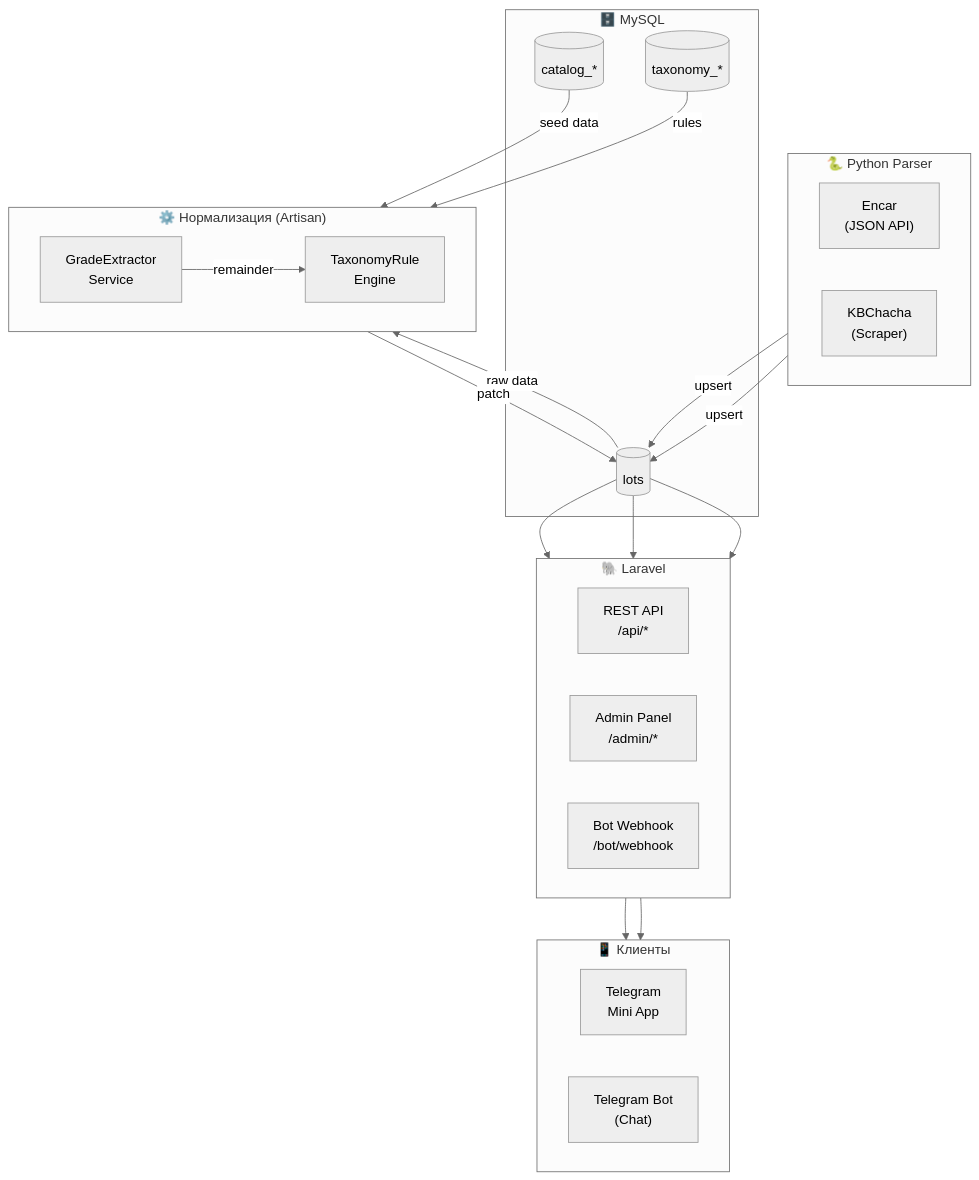
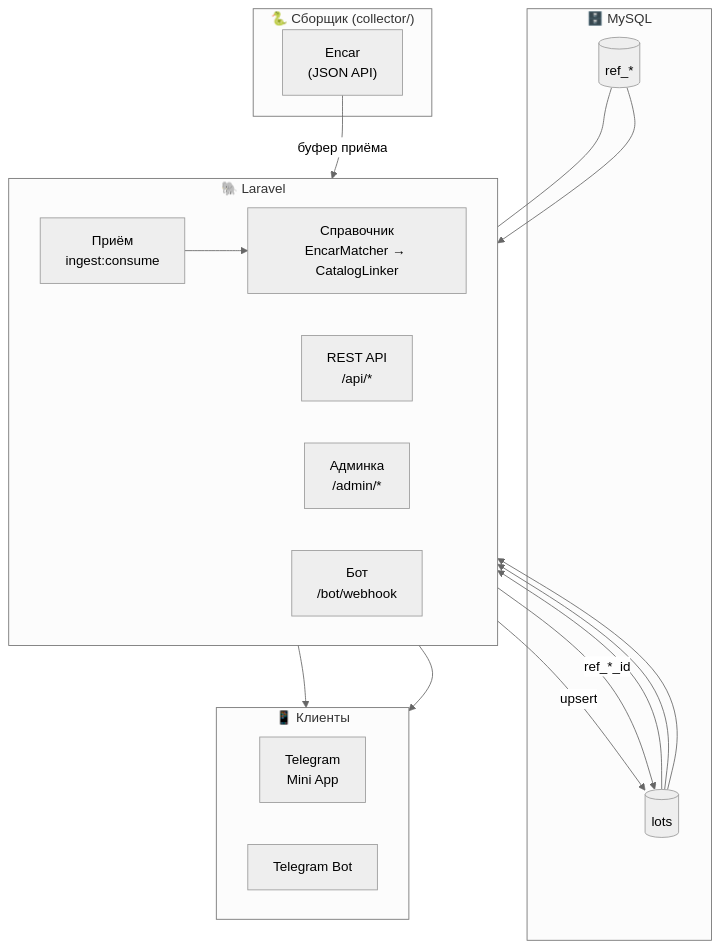
Before and after one commit to ArtyomKoshel/carbotacrchi: the first of 2 diagrams in docs/01-overview.md, drawn with Mermaid (neutral theme). The commit also changed other lines of this file and 63 other files, not shown here.

````diff
--- a/docs/01-overview.md
+++ b/docs/01-overview.md
@@ -9,48 +9,47 @@
 ```mermaid
 flowchart TB
-    subgraph PY["🐍 Python Parser"]
+    subgraph COL["🐍 Сборщик (collector/)"]
+        ENC["Encar
+(JSON API)"]
+    end
+
+    subgraph LAR["🐘 Laravel"]
         direction LR
-        ENC["Encar\n(JSON API)"]
-        KBC["KBChacha\n(Scraper)"]
+        ING["Приём
+ingest:consume"]
+        LNK["Справочник
+EncarMatcher → CatalogLinker"]
+        API["REST API
+/api/*"]
+        ADM["Админка
+/admin/*"]
+        WH["Бот
+/bot/webhook"]
     end
 
     subgraph DB["🗄️ MySQL"]
         LOTS[("lots")]
-        CAT[("catalog_*")]
-        TAX[("taxonomy_*")]
-    end
-
-    subgraph NORM["⚙️ Нормализация (Artisan)"]
-        direction LR
-        GES["GradeExtractor\nService"]
-        TRE["TaxonomyRule\nEngine"]
-    end
-
-    subgraph LAR["🐘 Laravel"]
-        direction LR
-        API["REST API\n/api/*"]
-        ADM["Admin Panel\n/admin/*"]
-        WH["Bot Webhook\n/bot/webhook"]
+        REF[("ref_*")]
     end
 
     subgraph CLI["📱 Клиенты"]
         direction LR
-        MINI["Telegram\nMini App"]
-        TG["Telegram Bot\n(Chat)"]
+        MINI["Telegram
+Mini App"]
+        TG["Telegram Bot"]
     end
 
-    ENC -->|upsert| LOTS
-    KBC -->|upsert| LOTS
-    CAT -->|seed data| GES
-    TAX -->|rules| TRE
-    LOTS -->|raw data| GES
-    GES -->|remainder| TRE
-    TRE -->|patch| LOTS
+    ENC -->|буфер приёма| ING
+    ING -->|upsert| LOTS
+    ING --> LNK
+    LNK -->|ref_*_id| LOTS
+    REF --- LNK
 
     LOTS --> API
+    REF --> API
     LOTS --> ADM
     LOTS --> WH
 
     API --> MINI
     WH --> TG
 ```
````
